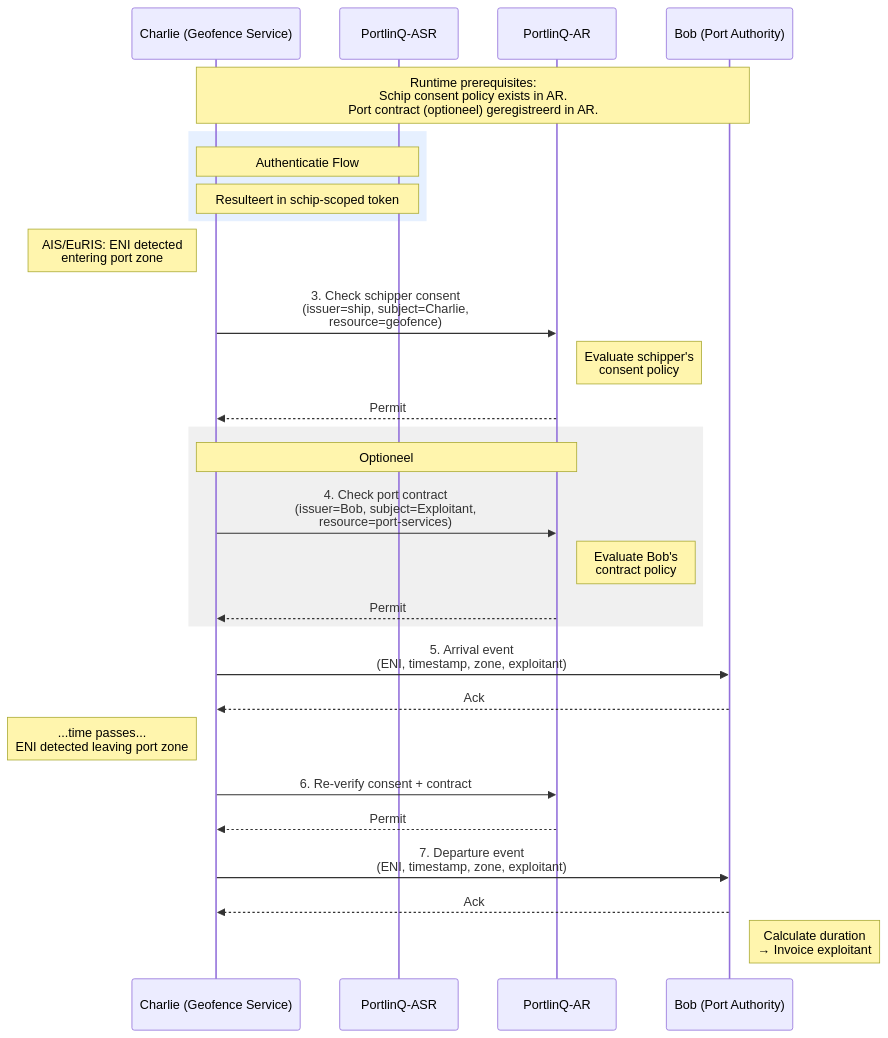
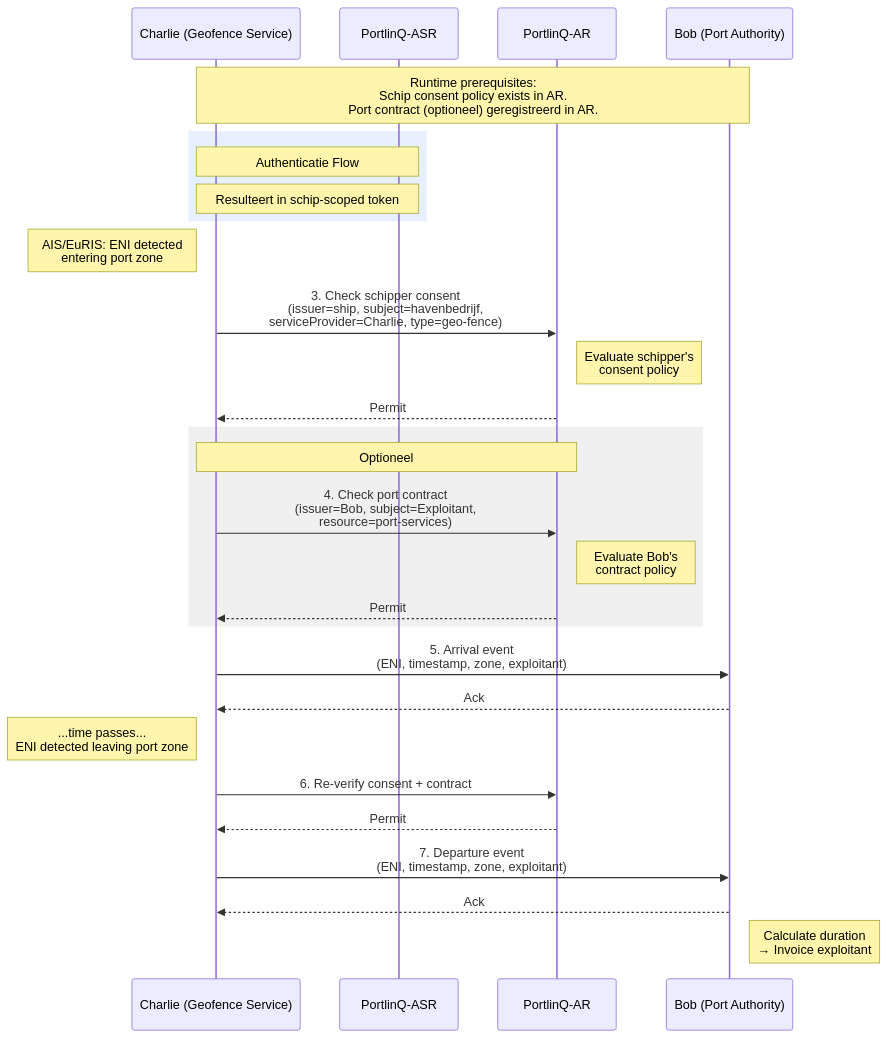
Before and after one commit to POORT8/Poort8.Docs: the second of 2 diagrams in portlinq/geofence-arrival.md, drawn with Mermaid. The commit also changed other lines of this file, not shown here.

````diff
--- a/portlinq/geofence-arrival.md
+++ b/portlinq/geofence-arrival.md
@@ -36,42 +36,42 @@
 ```mermaid
 sequenceDiagram
     participant Charlie as Charlie (Geofence Service)
     participant ASR as PortlinQ-ASR
     participant AR as PortlinQ-AR
     participant Bob as Bob (Port Authority)
     Note over Charlie,Bob: Runtime prerequisites:<br/>Schip consent policy exists in AR.<br/>Port contract (optioneel) geregistreerd in AR.
 
 
     rect rgb(230, 240, 255)
         Note over Charlie,ASR: Authenticatie Flow
         Note over Charlie,ASR: Resulteert in schip-scoped token
     end
 
     %% Ship detected
     Note left of Charlie: AIS/EuRIS: ENI detected<br/>entering port zone
     
     %% Authorization checks
-    Charlie->>AR: 3. Check schipper consent<br/>(issuer=ship, subject=Charlie,<br/>resource=geofence)
+    Charlie->>AR: 3. Check schipper consent<br/>(issuer=ship, subject=havenbedrijf,<br/>serviceProvider=Charlie, type=geo-fence)
     Note right of AR: Evaluate schipper's<br/>consent policy
     AR-->>Charlie: Permit
     rect rgb(240, 240, 240)
         Note over Charlie,AR: Optioneel
         Charlie->>AR: 4. Check port contract<br/>(issuer=Bob, subject=Exploitant,<br/>resource=port-services)
         Note right of AR: Evaluate Bob's<br/>contract policy
         AR-->>Charlie: Permit
     end
 
     %% Arrival event
     Charlie->>Bob: 5. Arrival event<br/>(ENI, timestamp, zone, exploitant)
     Bob-->>Charlie: Ack
 
     %% Departure
     Note left of Charlie: ...time passes...<br/>ENI detected leaving port zone
     Charlie->>AR: 6. Re-verify consent + contract
     AR-->>Charlie: Permit
     Charlie->>Bob: 7. Departure event<br/>(ENI, timestamp, zone, exploitant)
     Bob-->>Charlie: Ack
 
     %% Invoicing
     Note right of Bob: Calculate duration<br/>→ Invoice exploitant
 ```
````
